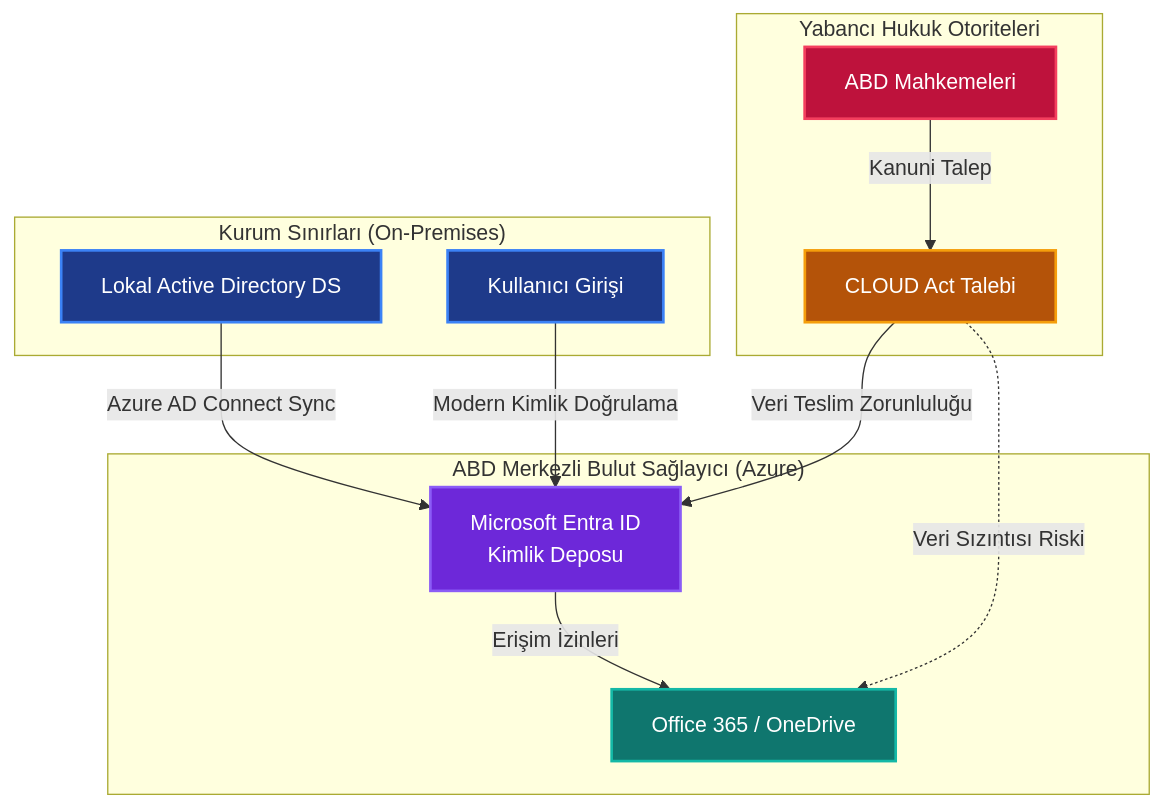
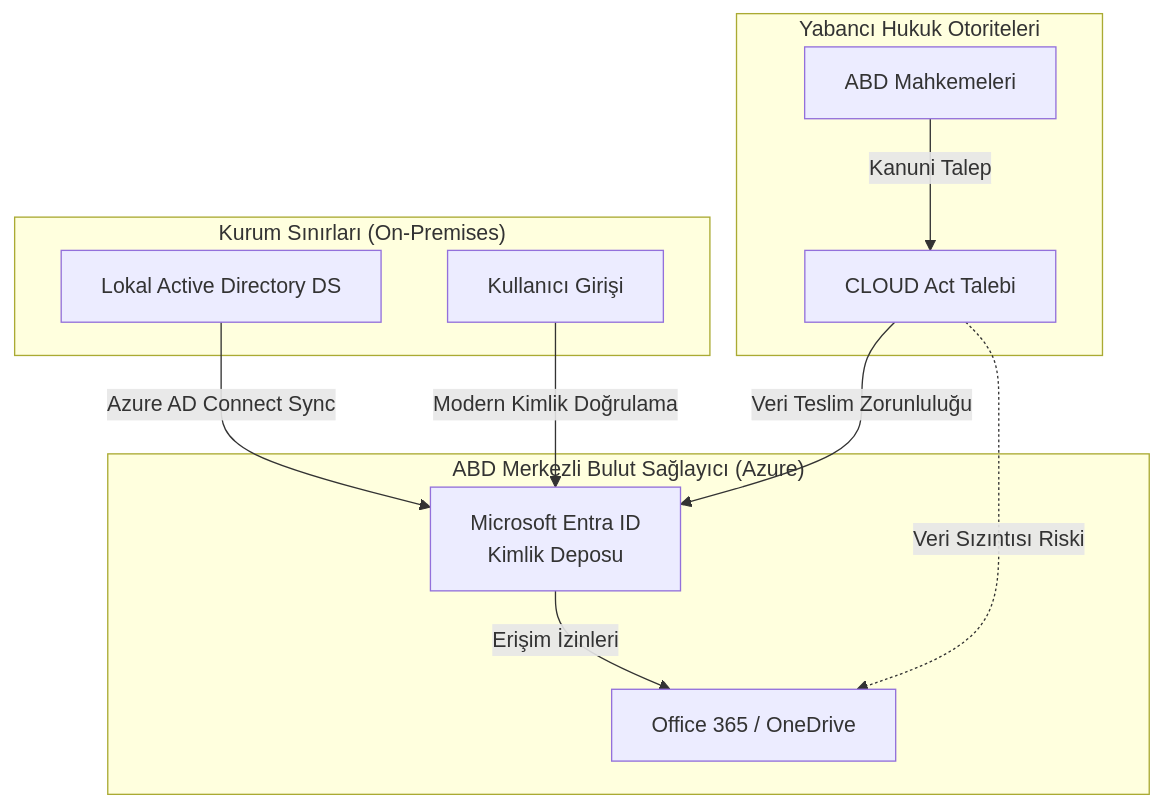
Before and after one commit to yusufarbc/yusufarbc: the first of 2 diagrams in website/content/nextcloud-onlyoffice/tr.md, drawn with Mermaid. The commit also changed other lines of this file and 24 other files, not shown here.

````diff
--- a/website/content/nextcloud-onlyoffice/tr.md
+++ b/website/content/nextcloud-onlyoffice/tr.md
@@ -66,32 +66,25 @@
 ```mermaid
 graph TD
     subgraph "Kurum Sınırları (On-Premises)"
         AD[Lokal Active Directory DS]
         User[Kullanıcı Girişi]
     end
 
     subgraph "ABD Merkezli Bulut Sağlayıcı (Azure)"
         Entra[Microsoft Entra ID <br/> Kimlik Deposu]
         SaaS[Office 365 / OneDrive]
     end
 
     subgraph "Yabancı Hukuk Otoriteleri"
         Court[ABD Mahkemeleri]
         CloudAct[CLOUD Act Talebi]
     end
 
     AD -->|Azure AD Connect Sync| Entra
     User -->|Modern Kimlik Doğrulama| Entra
     Entra -->|Erişim İzinleri| SaaS
     
     Court -->|Kanuni Talep| CloudAct
     CloudAct -->|Veri Teslim Zorunluluğu| Entra
     CloudAct -.->|Veri Sızıntısı Riski| SaaS
-
-    style AD fill:#1e3a8a,stroke:#3b82f6,stroke-width:2px,color:#fff;
-    style User fill:#1e3a8a,stroke:#3b82f6,stroke-width:2px,color:#fff;
-    style Entra fill:#6d28d9,stroke:#8b5cf6,stroke-width:2px,color:#fff;
-    style SaaS fill:#0f766e,stroke:#14b8a6,stroke-width:2px,color:#fff;
-    style Court fill:#be123c,stroke:#f43f5e,stroke-width:2px,color:#fff;
-    style CloudAct fill:#b45309,stroke:#f59e0b,stroke-width:2px,color:#fff;
 ```
````
